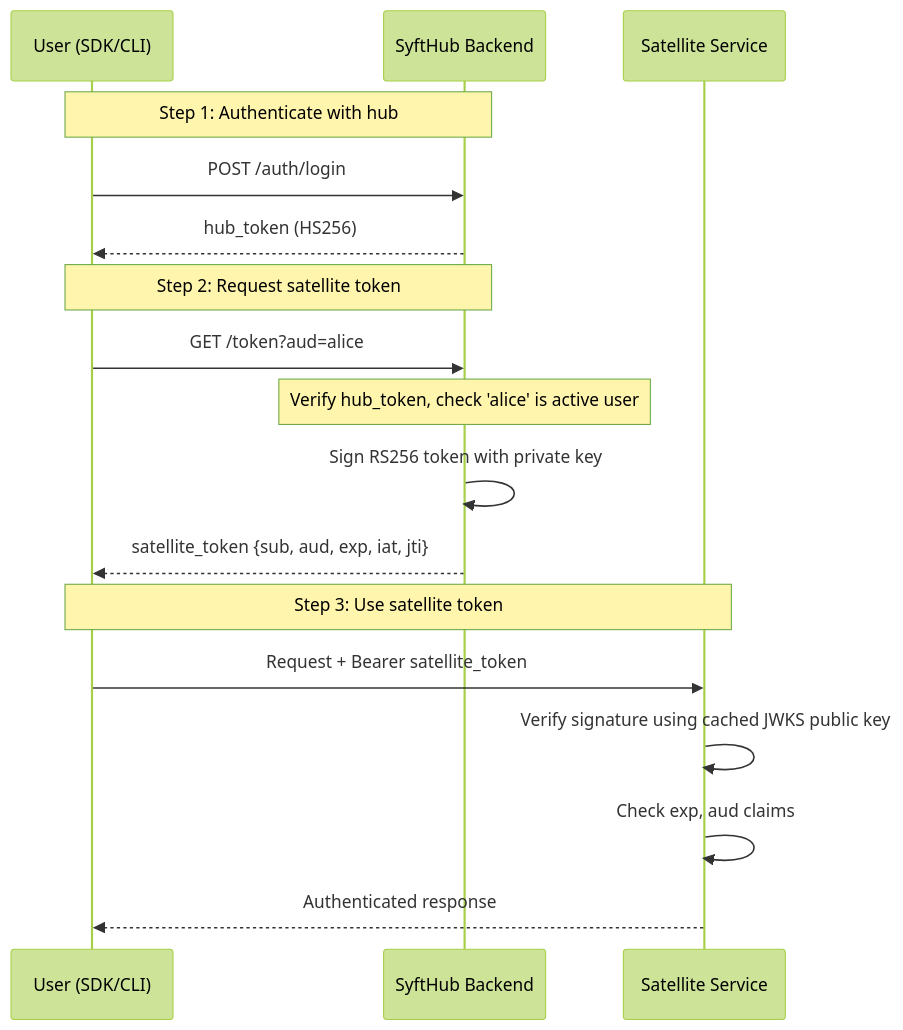
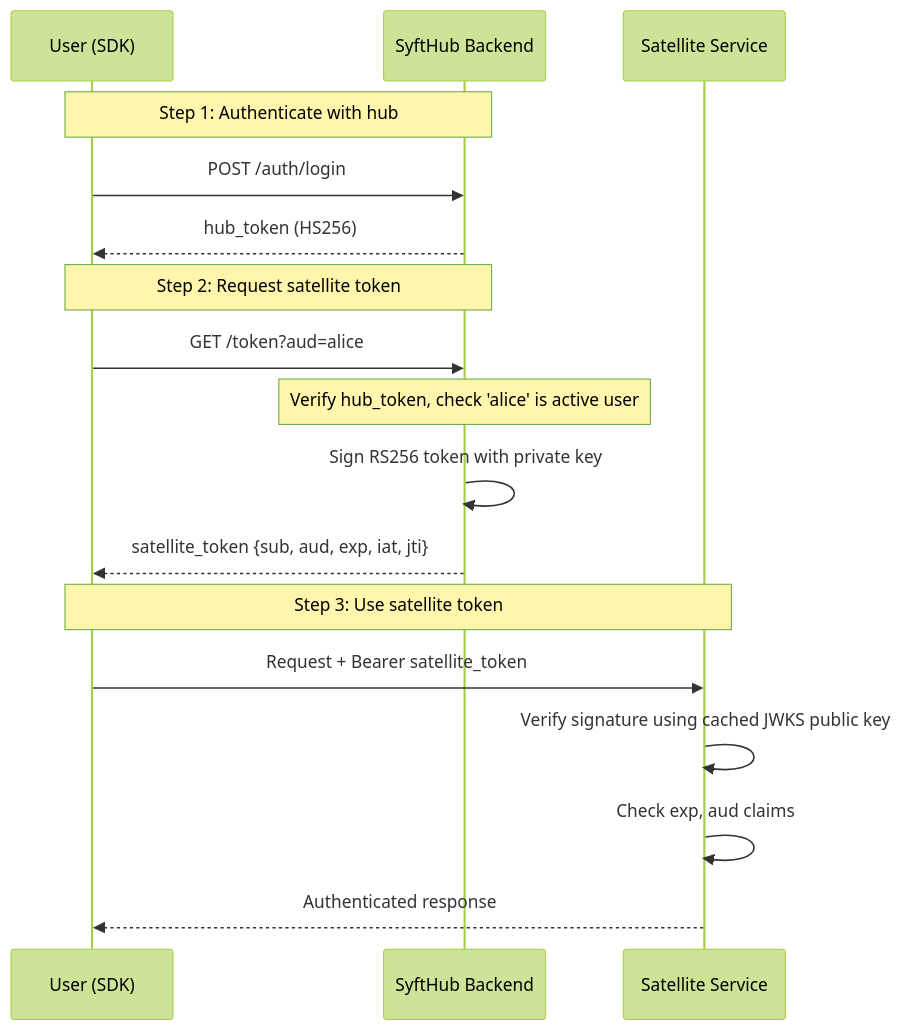
Before and after one commit to OpenMined/syfthub: the first of 2 diagrams in docs/explanation/pki-workflow.md, drawn with Mermaid (forest theme). The commit also changed 276 other files, not shown here.

````diff
--- a/docs/explanation/pki-workflow.md
+++ b/docs/explanation/pki-workflow.md
@@ -52,22 +52,22 @@
 ```mermaid
 sequenceDiagram
-    participant User as User (SDK/CLI)
+    participant User as User (SDK)
     participant Hub as SyftHub Backend
     participant Sat as Satellite Service
 
     Note over User,Hub: Step 1: Authenticate with hub
     User->>Hub: POST /auth/login
     Hub-->>User: hub_token (HS256)
 
     Note over User,Hub: Step 2: Request satellite token
     User->>Hub: GET /token?aud=alice
     Note over Hub: Verify hub_token, check 'alice' is active user
     Hub->>Hub: Sign RS256 token with private key
     Hub-->>User: satellite_token {sub, aud, exp, iat, jti}
 
     Note over User,Sat: Step 3: Use satellite token
     User->>Sat: Request + Bearer satellite_token
     Sat->>Sat: Verify signature using cached JWKS public key
     Sat->>Sat: Check exp, aud claims
     Sat-->>User: Authenticated response
 ```
````
